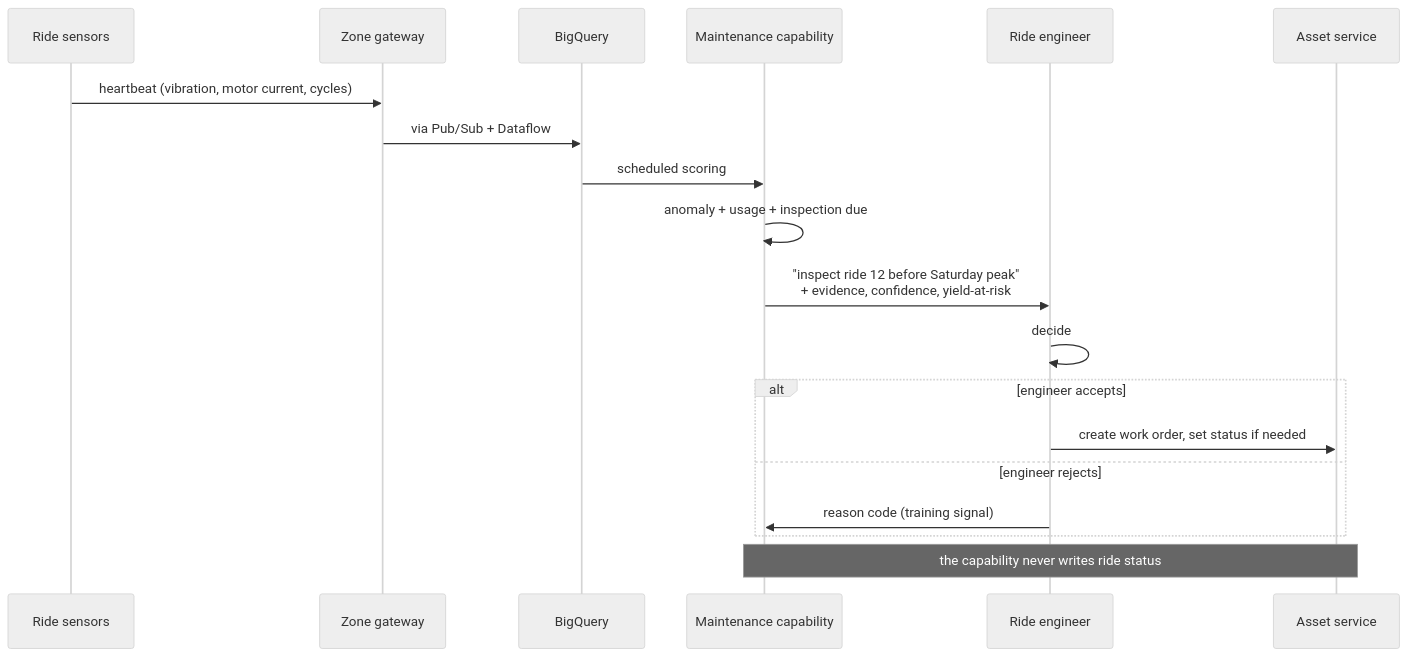
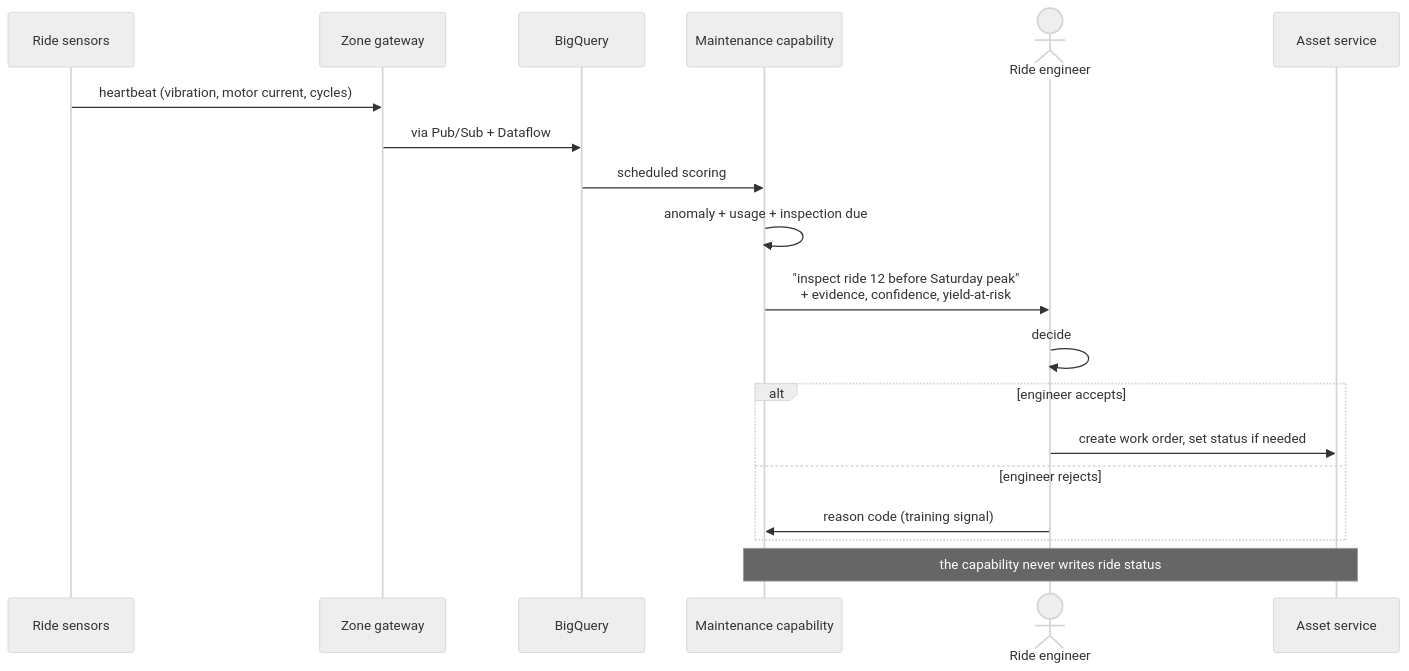
One commit to pytlikk/SW_people_AK changed the second of 2 diagrams in hld/core-func/4_Maintenance_and_Intranet.md. Above: the diagram before and after it, drawn with Mermaid (neutral theme). The commit also changed 7 other files, not shown here.

First line of the commit message:
Add the diagram key, glossary, uncertainty answers and the welfare cost asymmetry

````diff
--- a/hld/core-func/4_Maintenance_and_Intranet.md
+++ b/hld/core-func/4_Maintenance_and_Intranet.md
@@ -71,22 +71,22 @@
 ```mermaid
 sequenceDiagram
     participant R as Ride sensors
     participant GW as Zone gateway
     participant BQ as BigQuery
     participant C as Maintenance capability
-    participant E as Ride engineer
+    actor E as Ride engineer
     participant A as Asset service
 
     R->>GW: heartbeat (vibration, motor current, cycles)
     GW->>BQ: via Pub/Sub + Dataflow
     BQ->>C: scheduled scoring
     C->>C: anomaly + usage + inspection due
     C->>E: "inspect ride 12 before Saturday peak"<br/>+ evidence, confidence, yield-at-risk
     E->>E: decide
     alt engineer accepts
         E->>A: create work order, set status if needed
     else engineer rejects
         E->>C: reason code (training signal)
     end
     Note over C,A: the capability never writes ride status
 ```
````
